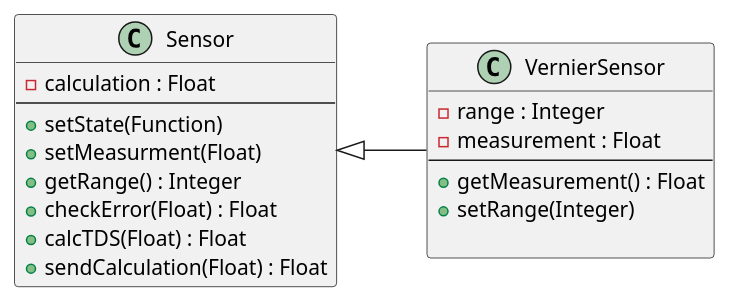
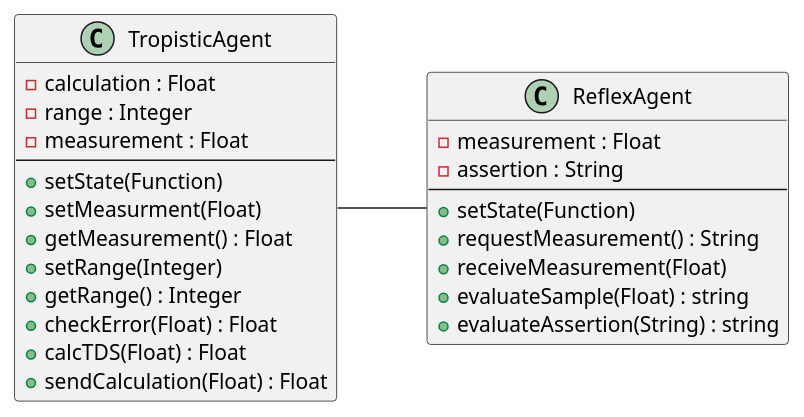
The diagram in TAME Individual Project/UML Documents/tropisticAgentClass.puml (Ajmicco18/CSIS-5824-Applied-AI), drawn with PlantUML before and after one commit. The commit also changed 4 other files, not shown here.

Commit message:
changed UML diagrams

```diff
--- a/TAME Individual Project/UML Documents/tropisticAgentClass.puml
+++ b/TAME Individual Project/UML Documents/tropisticAgentClass.puml
@@ -1,25 +1,32 @@
 @startuml tropisticAgentClass
 left to right direction
 
-class Sensor {
+class TropisticAgent {
     -calculation : Float
+    -range : Integer
+    -measurement : Float
     --
     +setState(Function) 
     +setMeasurment(Float)
+    +getMeasurement() : Float
+    +setRange(Integer)
     +getRange() : Integer
     +checkError(Float) : Float
     +calcTDS(Float) : Float
     +sendCalculation(Float) : Float
 }
 
-class VernierSensor{
-    -range : Integer
+class ReflexAgent {
     -measurement : Float
+    -assertion : String
     --
-    +getMeasurement() : Float
-    +setRange(Integer)
-
+    +setState(Function)
+    +requestMeasurement() : String
+    +receiveMeasurement(Float)
+    +evaluateSample(Float) : string
+    +evaluateAssertion(String) : string
 }
 
-Sensor <|--VernierSensor
+
+TropisticAgent -- ReflexAgent
 @enduml
```
